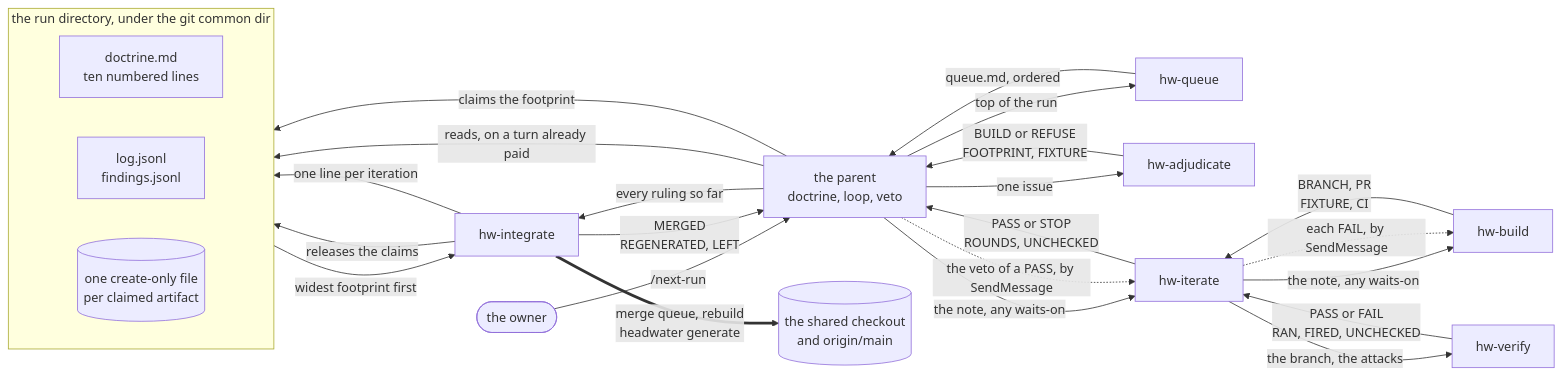
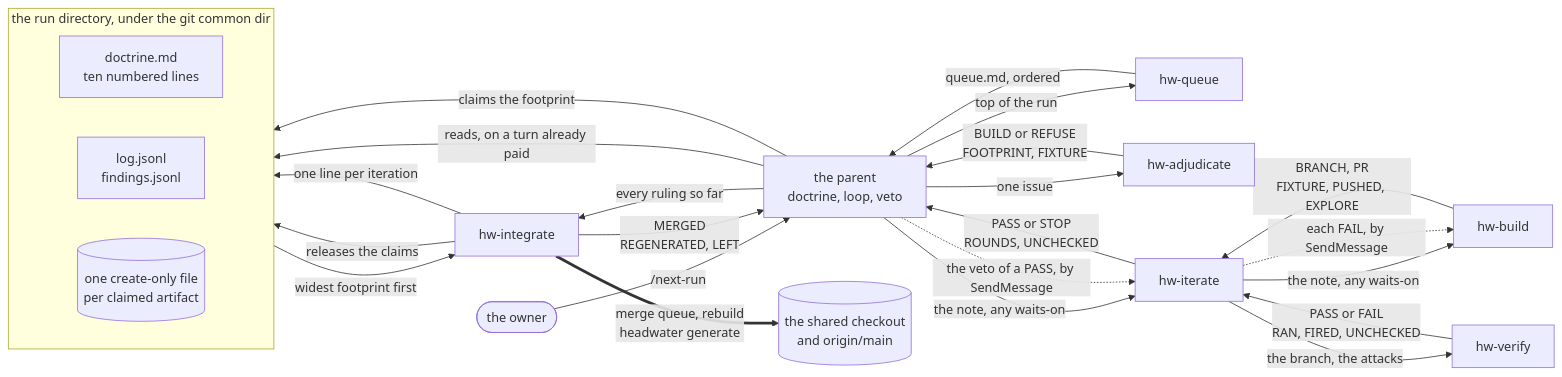
One commit to headwater-ai/headwater changed the diagram in docs/spec/17-orchestration-architecture.md. Above: the diagram before and after it, drawn with Mermaid. The commit also changed 5 other files, not shown here.

````diff
--- a/docs/spec/17-orchestration-architecture.md
+++ b/docs/spec/17-orchestration-architecture.md
@@ -67,36 +67,36 @@
 ```mermaid
 flowchart LR
     owner(["the owner"]) -->|"/next-run"| parent["the parent<br/>doctrine, loop, veto"]
 
     parent -->|"top of the run"| queue["hw-queue"]
     parent -->|"one issue"| adjudicate["hw-adjudicate"]
     parent -->|"the note, any waits-on"| iterate["hw-iterate"]
     iterate -->|"the note, any waits-on"| build["hw-build"]
     iterate -->|"the branch, the attacks"| verify["hw-verify"]
     parent -->|"every ruling so far"| integrate["hw-integrate"]
 
     queue -->|"queue.md, ordered"| parent
     adjudicate -->|"BUILD or REFUSE<br/>FOOTPRINT, FIXTURE"| parent
-    build -->|"BRANCH, PR<br/>FIXTURE, CI"| iterate
+    build -->|"BRANCH, PR<br/>FIXTURE, PUSHED, EXPLORE"| iterate
     verify -->|"PASS or FAIL<br/>RAN, FIRED, UNCHECKED"| iterate
     iterate -->|"PASS or STOP<br/>ROUNDS, UNCHECKED"| parent
     integrate -->|"MERGED<br/>REGENERATED, LEFT"| parent
 
     parent -.->|"the veto of a PASS, by SendMessage"| iterate
     iterate -.->|"each FAIL, by SendMessage"| build
 
     subgraph rundir["the run directory, under the git common dir"]
         direction LR
         doctrine["doctrine.md<br/>ten numbered lines"]
         ledger["log.jsonl<br/>findings.jsonl"]
         claims[("one create-only file<br/>per claimed artifact")]
     end
 
     parent -->|"reads, on a turn already paid"| doctrine
     parent -->|"claims the footprint"| claims
     claims -->|"widest footprint first"| integrate
     integrate -->|"releases the claims"| claims
     integrate -->|"one line per iteration"| ledger
 
     integrate ==>|"merge queue, rebuild<br/>headwater generate"| checkout[("the shared checkout<br/>and origin/main")]
 ```
````
